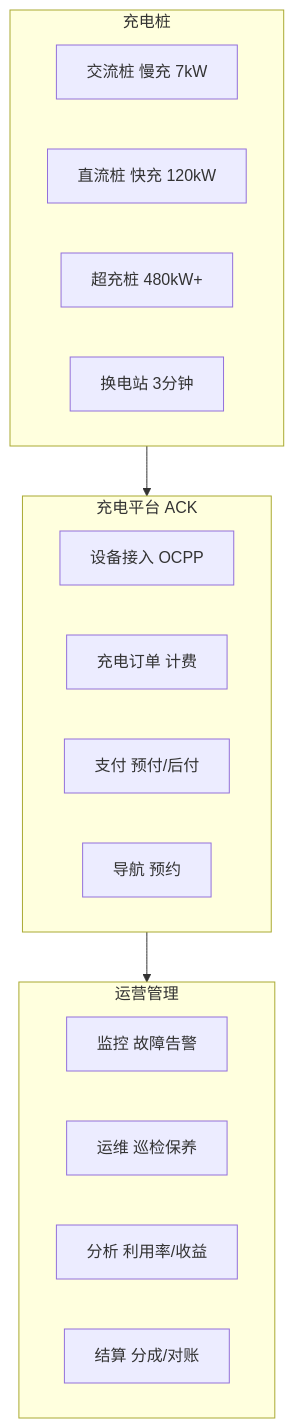
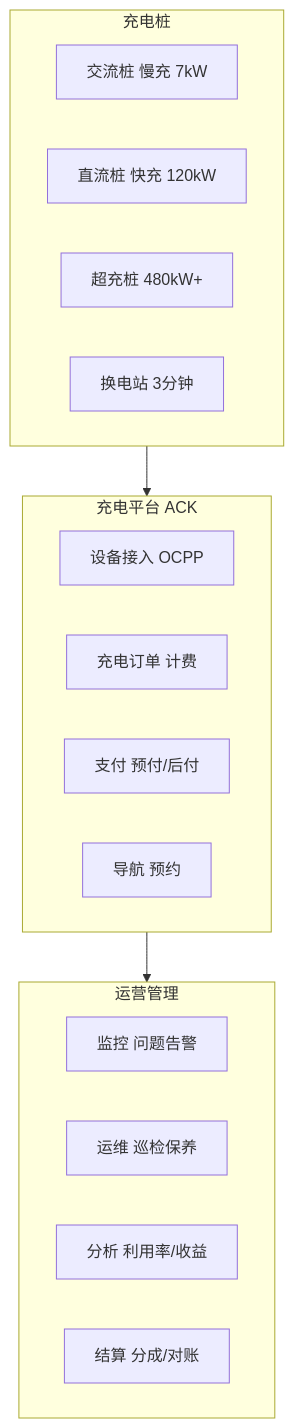
One commit to kudig-io/kudig-database changed the third of 4 diagrams in domain-20-application-patterns/01-reference-architectures/15-energy-power-architecture.md. Above: the diagram before and after it, drawn with Mermaid. The commit also changed other lines of this file and 1236 other files, not shown here.

````diff
--- a/domain-20-application-patterns/01-reference-architectures/15-energy-power-architecture.md
+++ b/domain-20-application-patterns/01-reference-architectures/15-energy-power-architecture.md
@@ -257,25 +257,25 @@
 ```mermaid
 flowchart TB
     subgraph Piles["充电桩"]
         AC["交流桩 慢充 7kW"]
         DC["直流桩 快充 120kW"]
         SUPER["超充桩 480kW+"]
         SWAP["换电站 3分钟"]
     end
 
     subgraph Platform_C["充电平台 ACK"]
         CONNECT_C["设备接入 OCPP"]
         ORDER_C["充电订单 计费"]
         PAY_C["支付 预付/后付"]
         NAVI_C["导航 预约"]
     end
 
     subgraph Ops["运营管理"]
-        MONITOR_C["监控 故障告警"]
+        MONITOR_C["监控 问题告警"]
         MAINT_C["运维 巡检保养"]
         ANALYSIS_C["分析 利用率/收益"]
         SETTLE_C["结算 分成/对账"]
     end
 
     Piles --> Platform_C --> Ops
 ```
````
